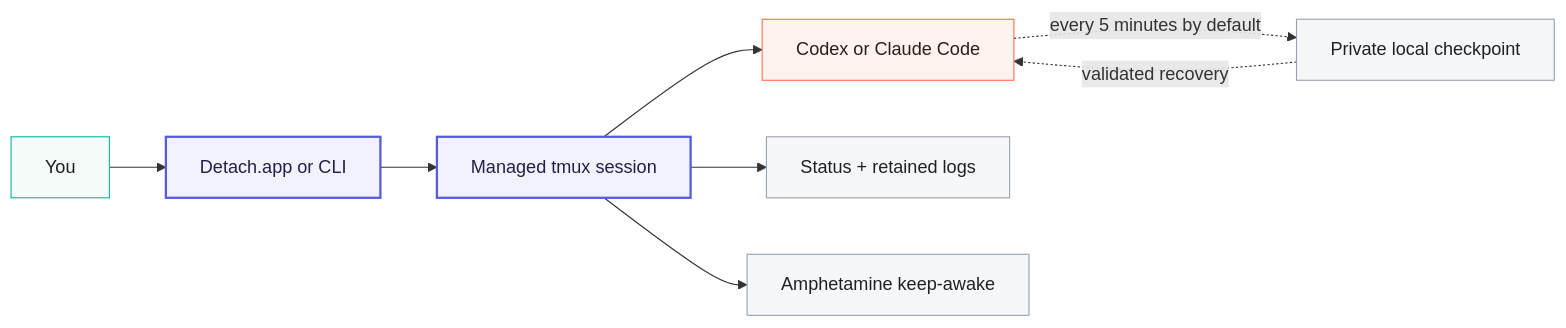
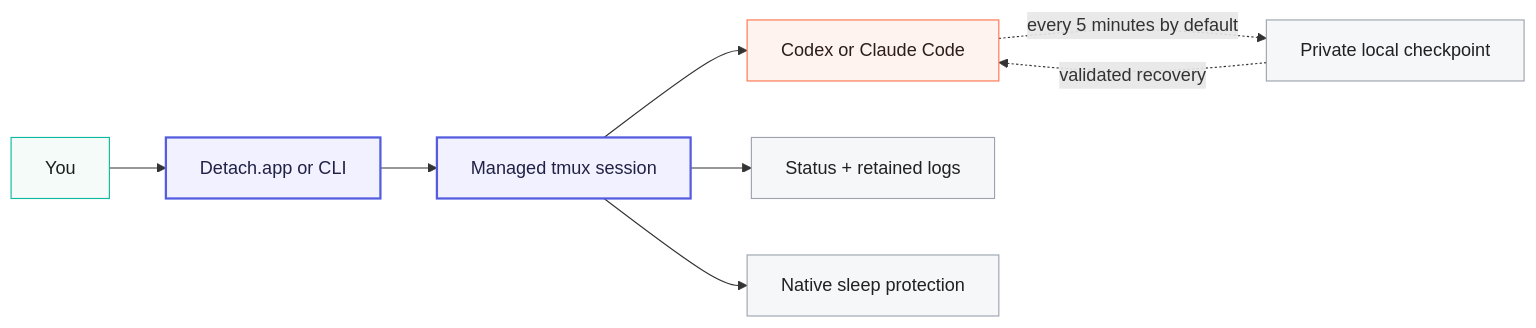
The diagram in README.md (iltsarev/detach), drawn with Mermaid before and after one commit. The commit also changed other lines of this file and 86 other files, not shown here.

````diff
--- a/README.md
+++ b/README.md
@@ -177,19 +195,19 @@
 ```mermaid
 flowchart LR
     U["You"] --> D["Detach.app or CLI"]
     D --> T["Managed tmux session"]
     T --> P["Codex or Claude Code"]
     T --> O["Status + retained logs"]
-    T --> A["Amphetamine keep-awake"]
+    T --> A["Native sleep protection"]
     P -. "every 5 minutes by default" .-> C["Private local checkpoint"]
     C -. "validated recovery" .-> P
 
     classDef user fill:#F4FBF9,stroke:#0DB89E,color:#18211F;
     classDef detach fill:#F2F1FF,stroke:#545CE0,color:#202145,stroke-width:2px;
     classDef provider fill:#FFF3EF,stroke:#FF734D,color:#2B1D19;
     classDef state fill:#F6F7F9,stroke:#9CA3AF,color:#202124;
     class U user;
     class D,T detach;
     class P provider;
     class O,A,C state;
 ```
````
